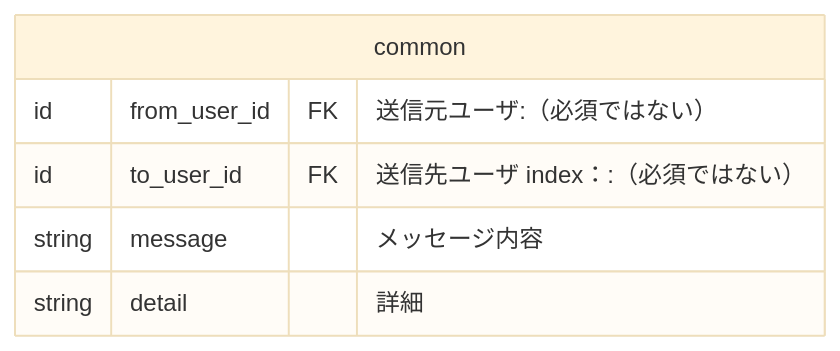
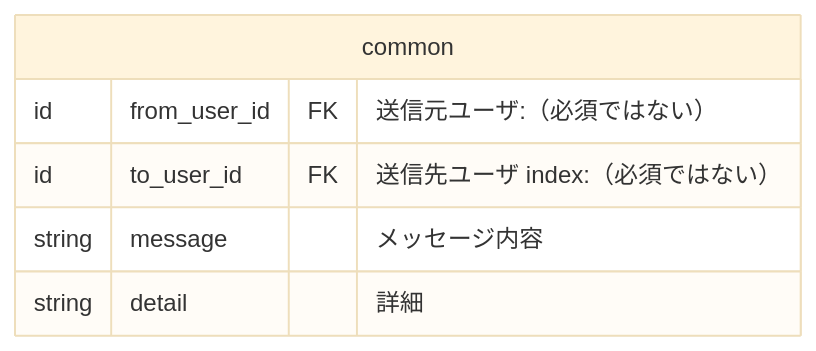
Before and after one commit to bright-org/bright: the third of 4 diagrams in docs/conceptual_schemas/notifications.md, drawn with Mermaid (base theme).

Commit message:
タイプミス修正

````diff
--- a/docs/conceptual_schemas/notifications.md
+++ b/docs/conceptual_schemas/notifications.md
@@ -52,9 +52,9 @@
 ```mermaid
 erDiagram
   common {
     id from_user_id	FK "送信元ユーザ:（必須ではない）"
-    id to_user_id	FK "送信先ユーザ index：:（必須ではない）"
+    id to_user_id	FK "送信先ユーザ index:（必須ではない）"
     string message	"メッセージ内容"
     string detail	"詳細"
   }
 ```
````
